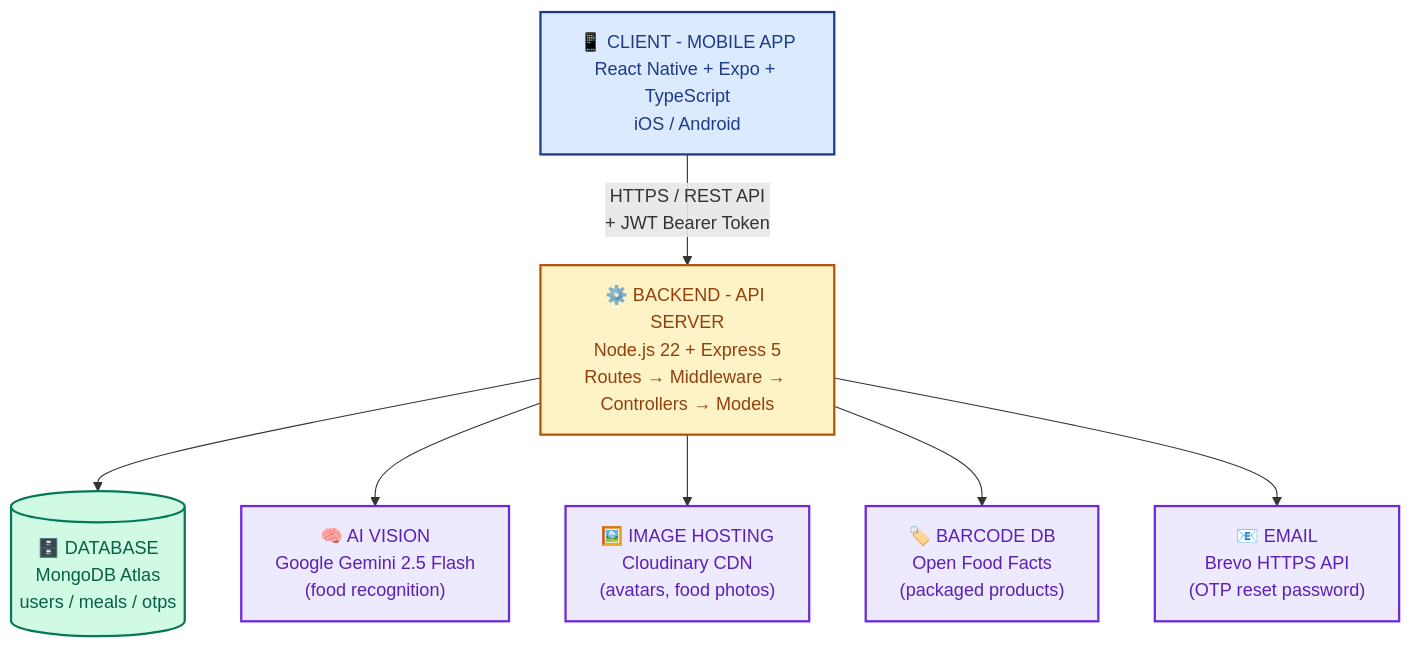
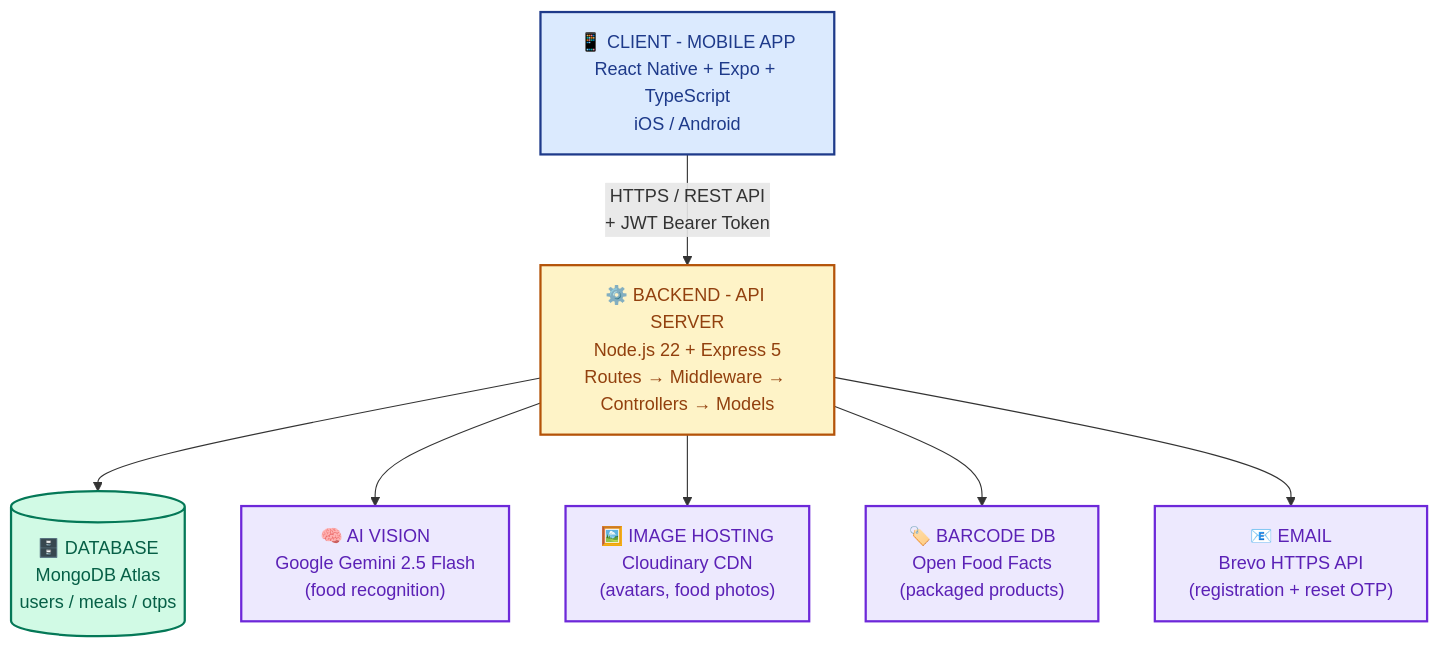
Before and after one commit to King242004/COMP1682.King: the first of 3 diagrams in ARCHITECTURE.md, drawn with Mermaid. The commit also changed other lines of this file and 48 other files, not shown here.

````diff
--- a/ARCHITECTURE.md
+++ b/ARCHITECTURE.md
@@ -204,24 +204,24 @@
 ```mermaid
 flowchart TB
     Client["📱 CLIENT - MOBILE APP<br/>React Native + Expo + TypeScript<br/>iOS / Android"]:::client
 
     Backend["⚙️ BACKEND - API SERVER<br/>Node.js 22 + Express 5<br/>Routes → Middleware → Controllers → Models"]:::backend
 
     DB[("🗄️ DATABASE<br/>MongoDB Atlas<br/>users / meals / otps")]:::db
     Gemini["🧠 AI VISION<br/>Google Gemini 2.5 Flash<br/>(food recognition)"]:::ext
     Cloudinary["🖼️ IMAGE HOSTING<br/>Cloudinary CDN<br/>(avatars, food photos)"]:::ext
     OpenFood["🏷️ BARCODE DB<br/>Open Food Facts<br/>(packaged products)"]:::ext
-    Brevo["📧 EMAIL<br/>Brevo HTTPS API<br/>(OTP reset password)"]:::ext
+    Brevo["📧 EMAIL<br/>Brevo HTTPS API<br/>(registration + reset OTP)"]:::ext
 
     Client -- "HTTPS / REST API<br/>+ JWT Bearer Token" --> Backend
     Backend --> DB
     Backend --> Gemini
     Backend --> Cloudinary
     Backend --> OpenFood
     Backend --> Brevo
 
     classDef client fill:#DBEAFE,stroke:#1E3A8A,stroke-width:2px,color:#1E3A8A
     classDef backend fill:#FEF3C7,stroke:#B45309,stroke-width:2px,color:#92400E
     classDef db fill:#D1FAE5,stroke:#047857,stroke-width:2px,color:#065F46
     classDef ext fill:#EDE9FE,stroke:#6D28D9,stroke-width:2px,color:#5B21B6
 ```
````
